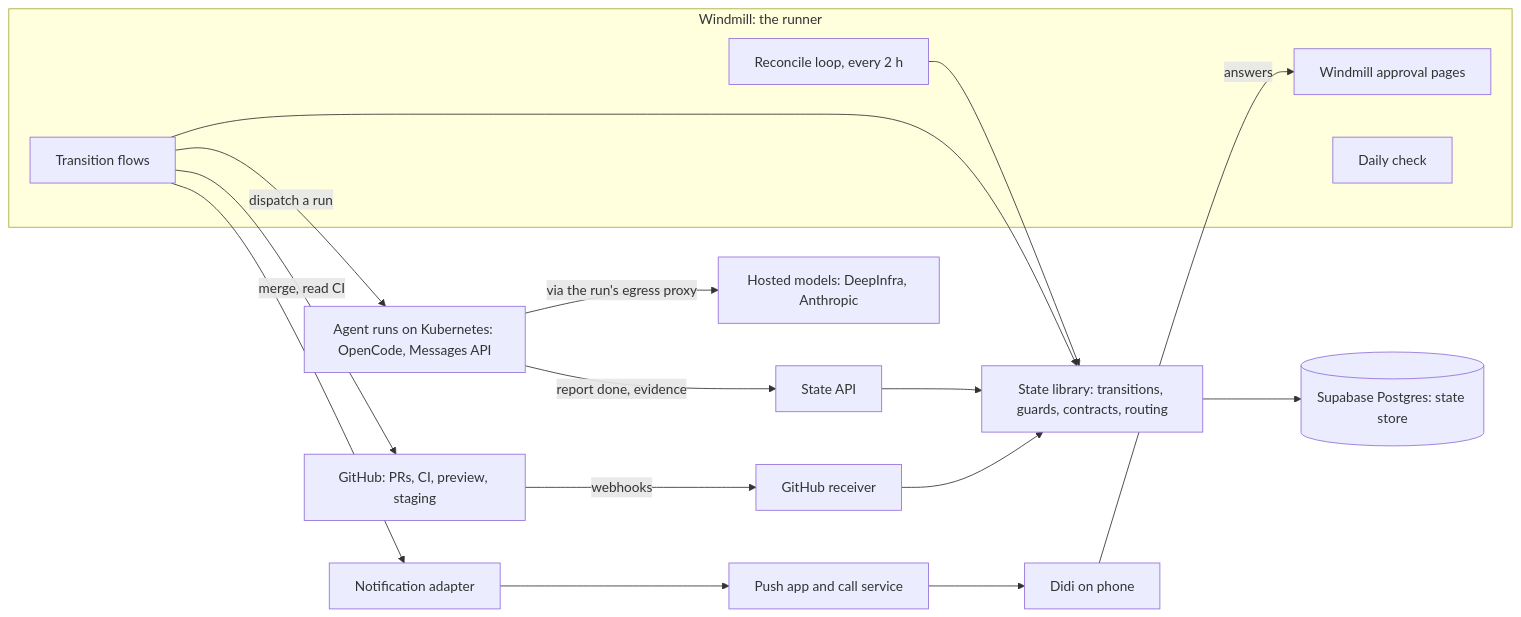
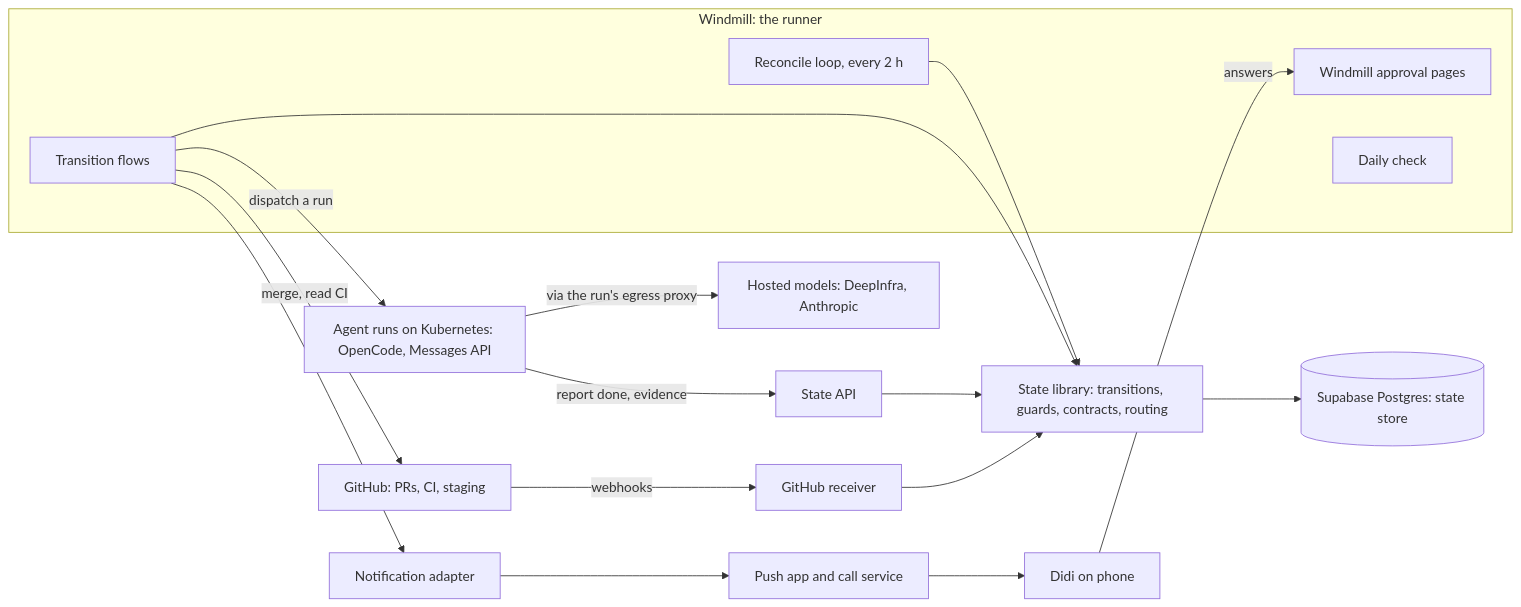
One commit to didi-build/foreman changed the diagram in docs/architecture/technical-architecture.md. Above: the diagram before and after it, drawn with Mermaid. The commit also changed other lines of this file and 139 other files, not shown here.

````diff
--- a/docs/architecture/technical-architecture.md
+++ b/docs/architecture/technical-architecture.md
@@ -14,23 +14,23 @@
 ```mermaid
 flowchart LR
   Didi[Didi on phone] -->|answers| Approval[Windmill approval pages]
   Push[Push app and call service] --> Didi
   subgraph Runner[Windmill: the runner]
     Reconcile[Reconcile loop, every 2 h]
     Flows[Transition flows]
     Approval
     Daily[Daily check]
   end
   Flows --> Lib[State library: transitions, guards, contracts, routing]
   Reconcile --> Lib
   Lib --> Store[(Supabase Postgres: state store)]
   Flows -->|dispatch a run| Agents[Agent runs on Kubernetes: OpenCode, Messages API]
   Agents -->|via the run's egress proxy| Models[Hosted models: DeepInfra, Anthropic]
   Agents -->|report done, evidence| API[State API]
   API --> Lib
-  GitHub[GitHub: PRs, CI, preview, staging] -->|webhooks| Receiver[GitHub receiver]
+  GitHub[GitHub: PRs, CI, staging] -->|webhooks| Receiver[GitHub receiver]
   Receiver --> Lib
   Flows -->|merge, read CI| GitHub
   Flows --> Notify[Notification adapter]
   Notify --> Push
 ```
````
